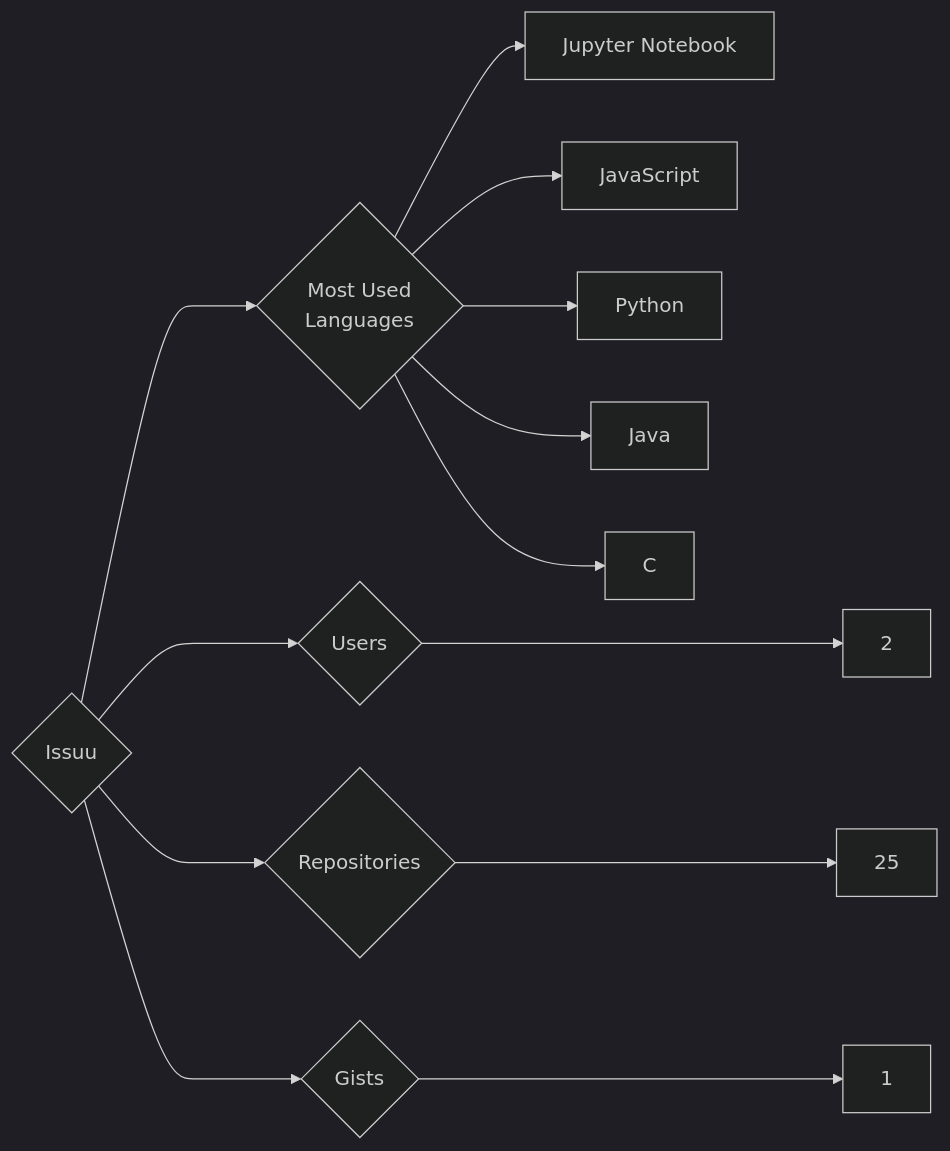
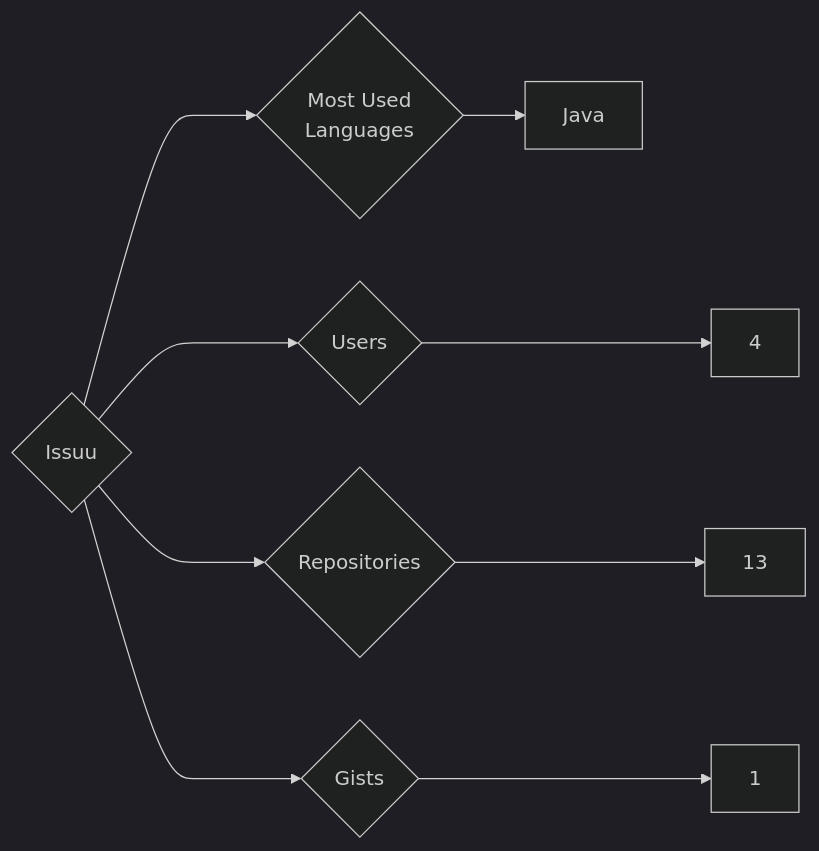
Before and after one commit to trickest/insiders: the diagram in targets/Issuu/README.md, drawn with Mermaid (dark theme). The commit also changed 1167 other files, not shown here.

````diff
--- a/targets/Issuu/README.md
+++ b/targets/Issuu/README.md
@@ -3,13 +3,9 @@
 ```mermaid
 graph LR
 COMPANY_NAME{Issuu}
-COMPANY_NAME ---> U{Users} ---> UN[2]
-COMPANY_NAME ---> R{Repositories} ---> RN[25]
+COMPANY_NAME ---> U{Users} ---> UN[4]
+COMPANY_NAME ---> R{Repositories} ---> RN[13]
 COMPANY_NAME ---> G{Gists} ---> GN[1]
 COMPANY_NAME ---> ML{Most Used<br>Languages}
-ML --> Jupyter_Notebook[Jupyter Notebook]
-ML --> JavaScript[JavaScript]
-ML --> Python[Python]
 ML --> Java[Java]
-ML --> C[C]
 ```
````
